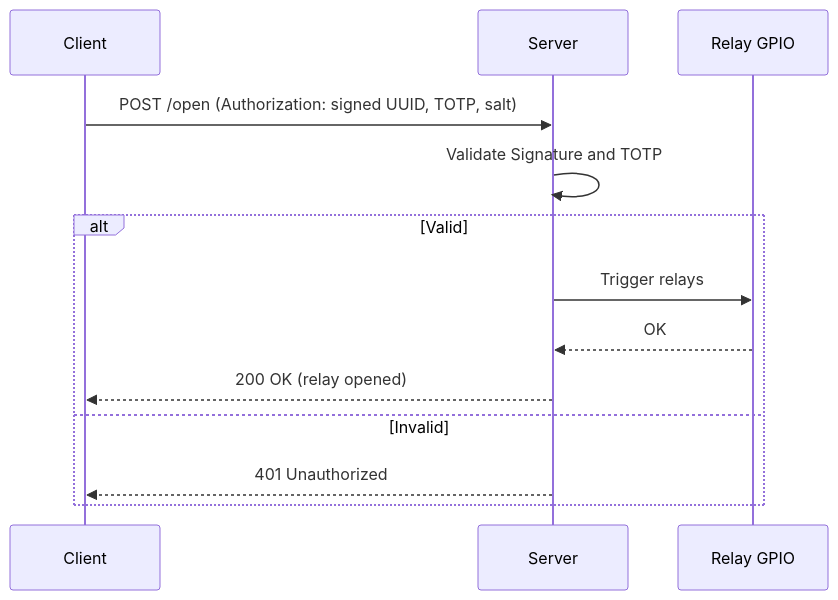
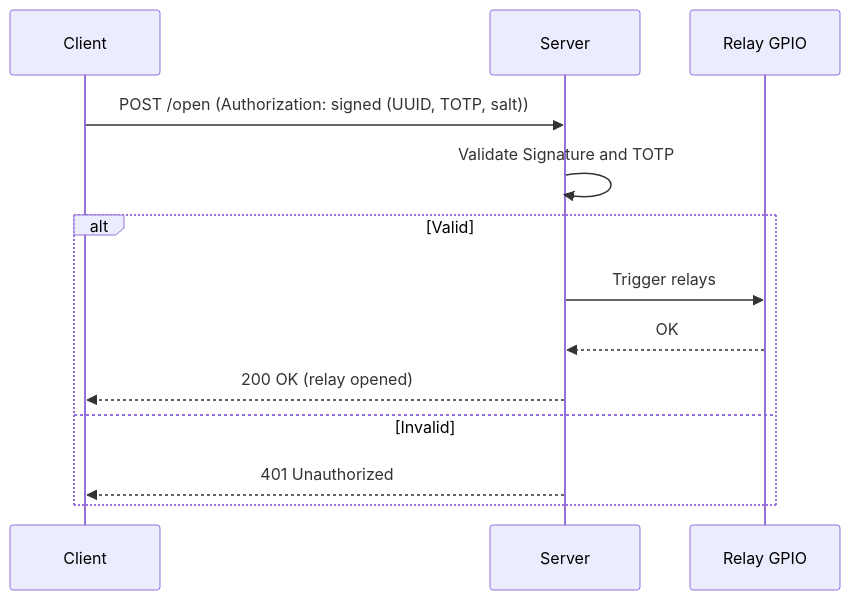
Before and after one commit to philippepascal/ict_server: the fourth of 4 diagrams in README.md, drawn with Mermaid. The commit also changed other lines of this file, not shown here.

````diff
--- a/README.md
+++ b/README.md
@@ -77,16 +77,16 @@
 ```mermaid
 sequenceDiagram
     participant Client
     participant Server
     participant GPIO as Relay GPIO
 
-    Client->>Server: POST /open (Authorization: signed UUID, TOTP, salt)
+    Client->>Server: POST /open (Authorization: signed (UUID, TOTP, salt))
     Server->>Server: Validate Signature and TOTP
     alt Valid
         Server->>GPIO: Trigger relays
         GPIO-->>Server: OK
         Server-->>Client: 200 OK (relay opened)
     else Invalid
         Server-->>Client: 401 Unauthorized
     end
 ```
````
